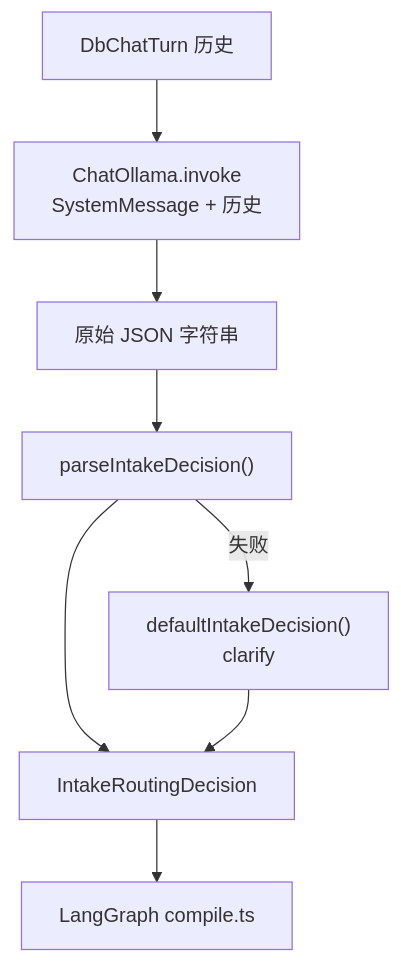
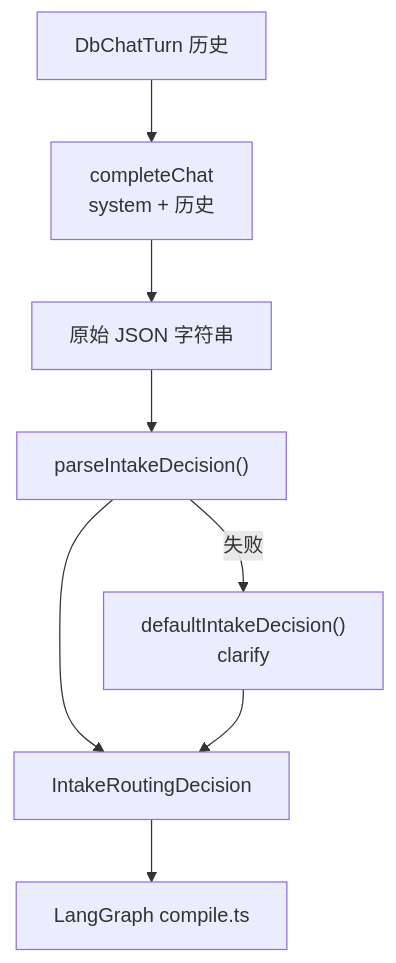
One commit to panzhanfei/agent changed the fourth of 12 diagrams in docs/02-agent-flows.md. Above: the diagram before and after it, drawn with Mermaid. The commit also changed other lines of this file and 40 other files, not shown here.

````diff
--- a/docs/02-agent-flows.md
+++ b/docs/02-agent-flows.md
@@ -249,10 +249,10 @@
 ```mermaid
 flowchart TD
-  H[DbChatTurn 历史] --> LLM["ChatOllama.invoke<br/>SystemMessage + 历史"]
+  H[DbChatTurn 历史] --> LLM["completeChat<br/>system + 历史"]
   LLM --> RAW[原始 JSON 字符串]
   RAW --> PARSE["parseIntakeDecision()"]
   PARSE -->|失败| DEF["defaultIntakeDecision()<br/>clarify"]
   PARSE --> OK[IntakeRoutingDecision]
   DEF --> OK
   OK --> PIPE["LangGraph compile.ts"]
 ```
````
